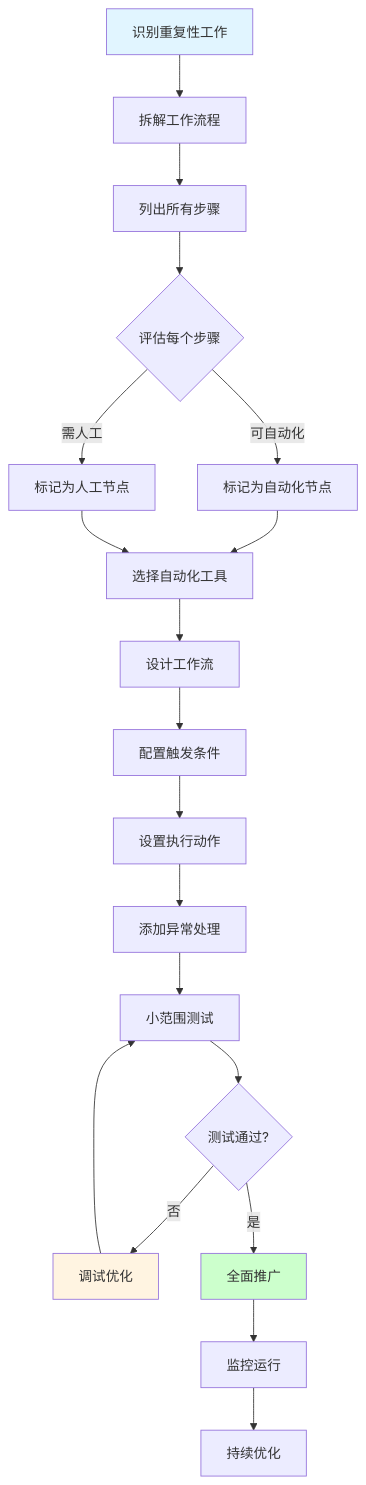
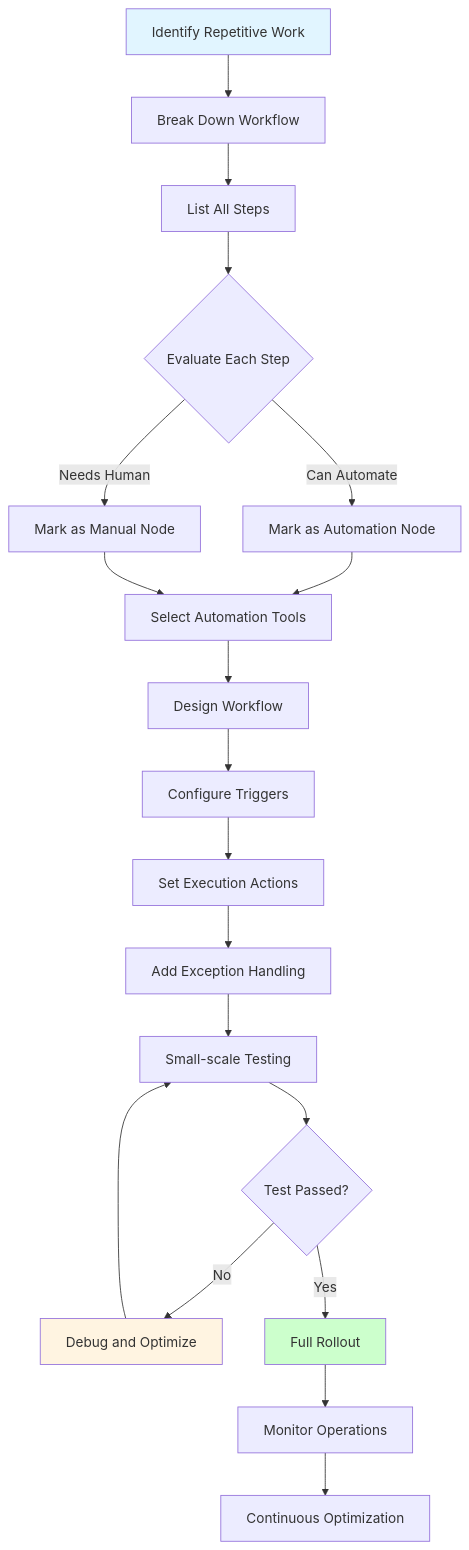
Before and after one commit to tianhongTina/ai-literacy-bootcamp: the second of 2 diagrams in docs/lessons/lesson-5.md, drawn with Mermaid. The commit also changed other lines of this file and 18 other files, not shown here.

````diff
--- a/docs/lessons/lesson-5.md
+++ b/docs/lessons/lesson-5.md
@@ -106,31 +106,31 @@
 ```mermaid
 graph TD
-    A[识别重复性工作] --> B[拆解工作流程]
-    B --> C[列出所有步骤]
-    C --> D{评估每个步骤}
+    A[Identify Repetitive Work] --> B[Break Down Workflow]
+    B --> C[List All Steps]
+    C --> D{Evaluate Each Step}
     
-    D -->|可自动化| E[标记为自动化节点]
-    D -->|需人工| F[标记为人工节点]
+    D -->|Can Automate| E[Mark as Automation Node]
+    D -->|Needs Human| F[Mark as Manual Node]
     
-    E --> G[选择自动化工具]
+    E --> G[Select Automation Tools]
     F --> G
     
-    G --> H[设计工作流]
-    H --> I[配置触发条件]
-    I --> J[设置执行动作]
-    J --> K[添加异常处理]
+    G --> H[Design Workflow]
+    H --> I[Configure Triggers]
+    I --> J[Set Execution Actions]
+    J --> K[Add Exception Handling]
     
-    K --> L[小范围测试]
-    L --> M{测试通过?}
+    K --> L[Small-scale Testing]
+    L --> M{Test Passed?}
     
-    M -->|否| N[调试优化]
+    M -->|No| N[Debug and Optimize]
     N --> L
     
-    M -->|是| O[全面推广]
-    O --> P[监控运行]
-    P --> Q[持续优化]
+    M -->|Yes| O[Full Rollout]
+    O --> P[Monitor Operations]
+    P --> Q[Continuous Optimization]
     
     style A fill:#e1f5ff
     style O fill:#ccffcc
     style N fill:#fff4e1
 ```
````
